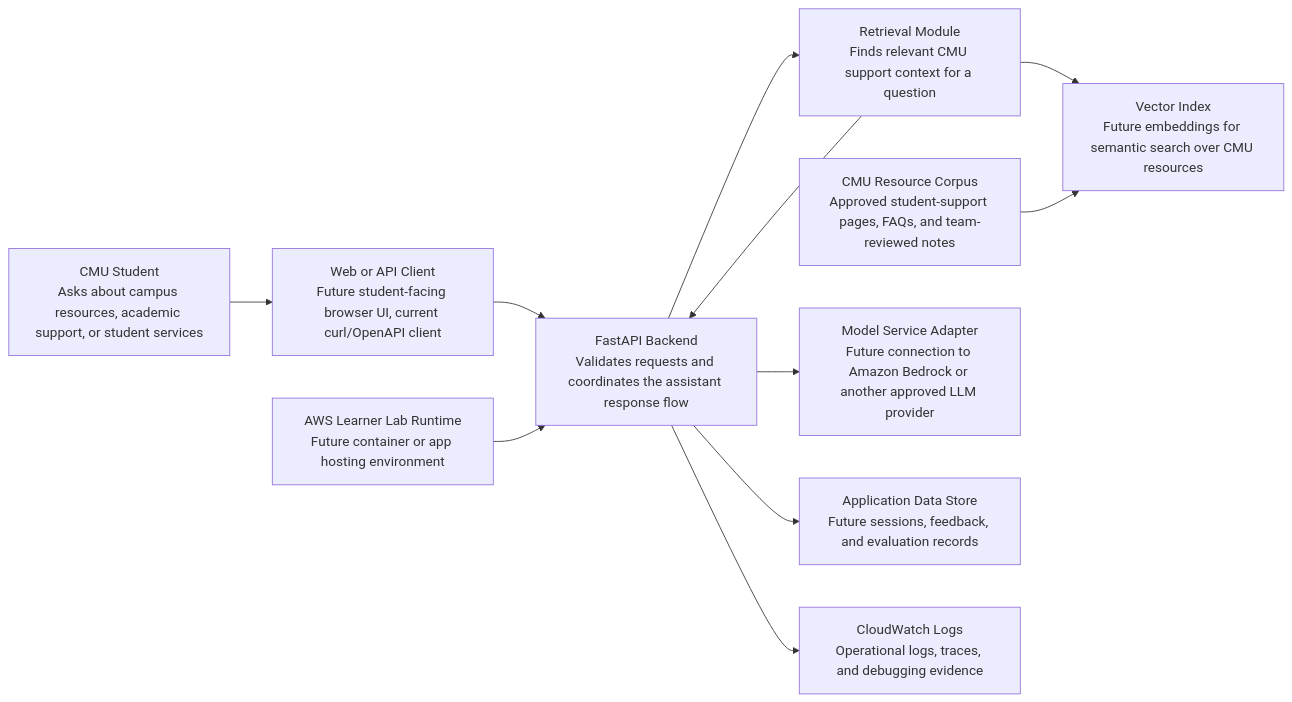
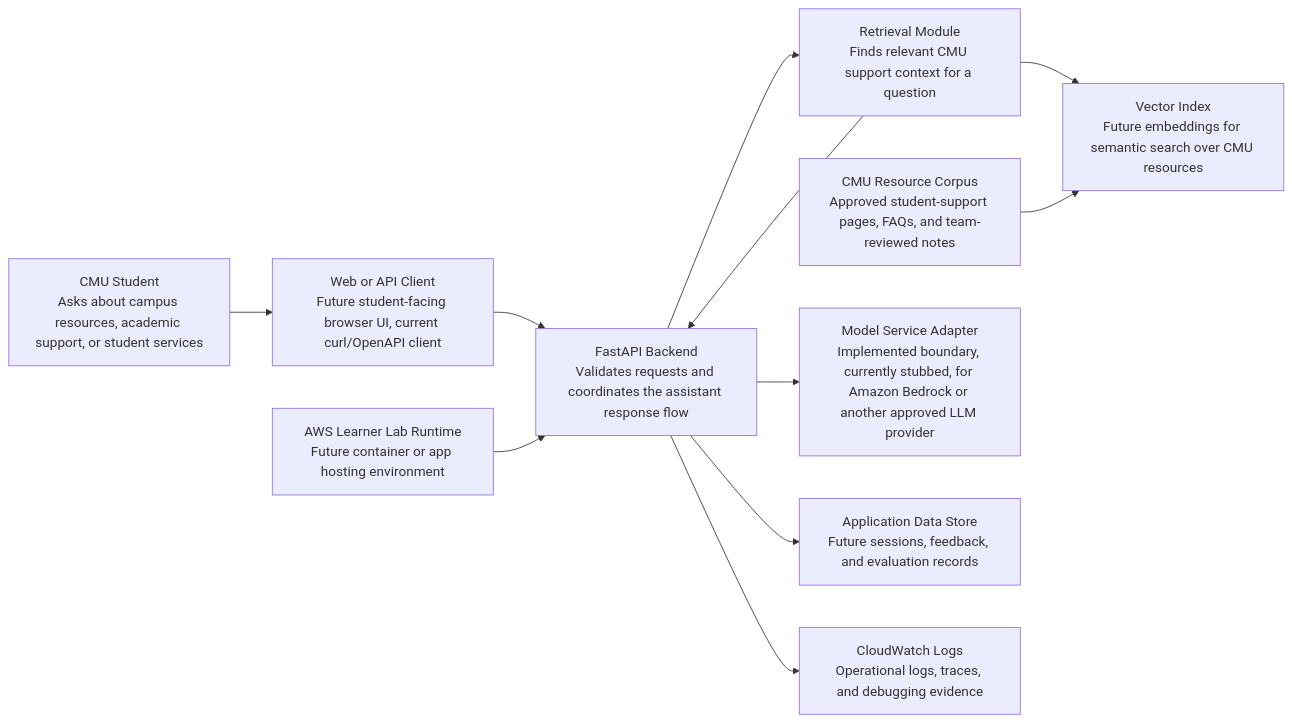
Before and after one commit to yuhano1120/AI_Cloud_Team4: the diagram in docs/architecture-diagram.md, drawn with Mermaid. The commit also changed other lines of this file and 3 other files, not shown here.

First line of the commit message:
Align docs with the implemented model adapter

````diff
--- a/docs/architecture-diagram.md
+++ b/docs/architecture-diagram.md
@@ -3,24 +3,24 @@
 ```mermaid
 flowchart LR
     Student["CMU Student<br/>Asks about campus resources, academic support, or student services"]
     Web["Web or API Client<br/>Future student-facing browser UI, current curl/OpenAPI client"]
     API["FastAPI Backend<br/>Validates requests and coordinates the assistant response flow"]
     Retriever["Retrieval Module<br/>Finds relevant CMU support context for a question"]
     Corpus["CMU Resource Corpus<br/>Approved student-support pages, FAQs, and team-reviewed notes"]
     Vector["Vector Index<br/>Future embeddings for semantic search over CMU resources"]
-    Model["Model Service Adapter<br/>Future connection to Amazon Bedrock or another approved LLM provider"]
+    Model["Model Service Adapter<br/>Implemented boundary, currently stubbed, for Amazon Bedrock or another approved LLM provider"]
     Data["Application Data Store<br/>Future sessions, feedback, and evaluation records"]
     Logs["CloudWatch Logs<br/>Operational logs, traces, and debugging evidence"]
     Deploy["AWS Learner Lab Runtime<br/>Future container or app hosting environment"]
 
     Student --> Web
     Web --> API
     API --> Retriever
     Retriever --> Vector
     Corpus --> Vector
     Retriever --> API
     API --> Model
     API --> Data
     API --> Logs
     Deploy --> API
 ```
````
